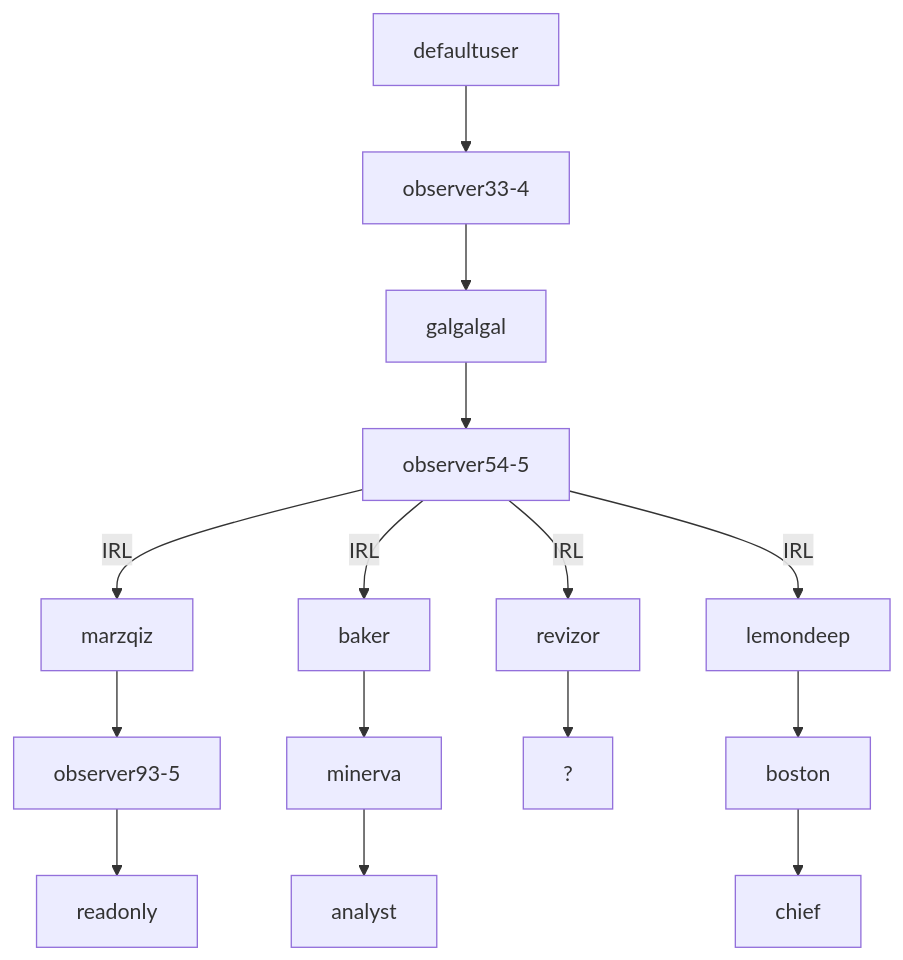
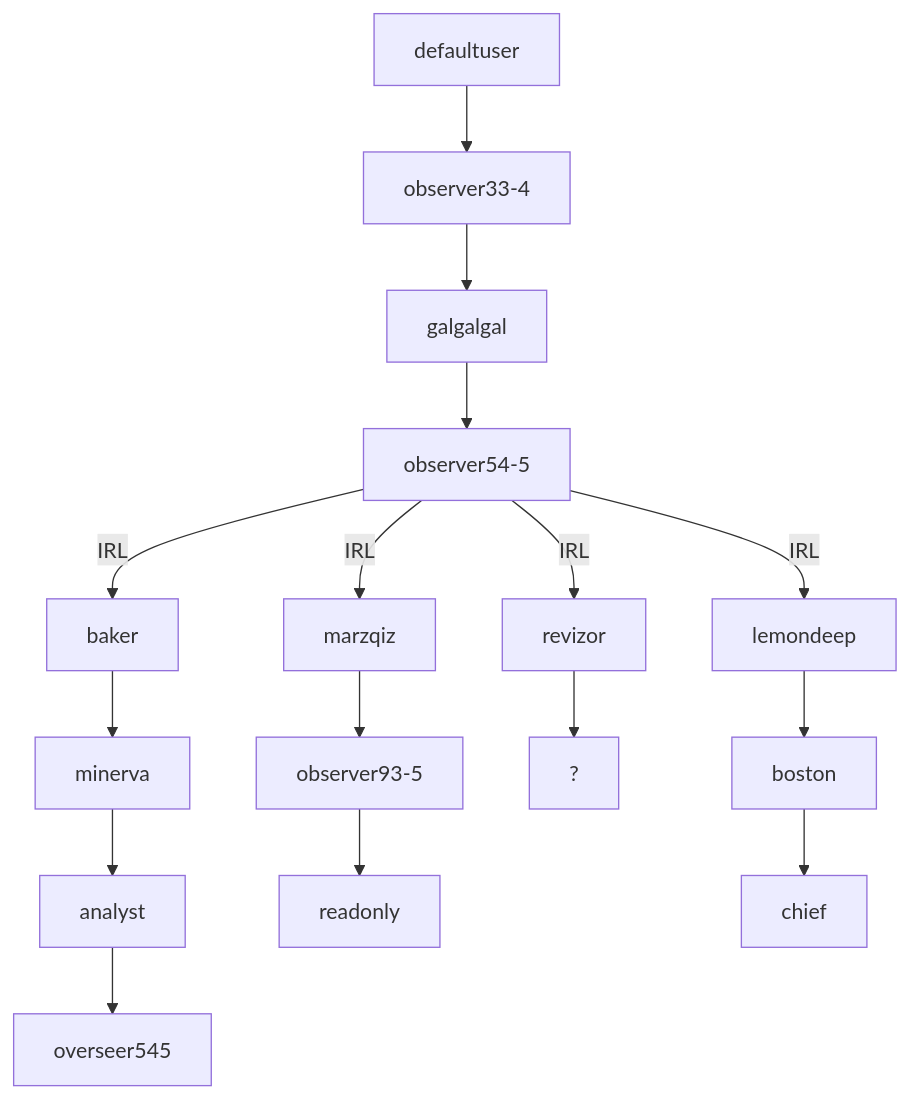
The diagram in README.md (Philsie/ARRS-documentation), drawn with Mermaid before and after one commit.

````diff
--- a/README.md
+++ b/README.md
@@ -24,17 +24,18 @@
 ```mermaid
 graph TD;
     defaultuser-->observer33-4;
     observer33-4-->galgalgal;
     galgalgal-->observer54-5;
     observer54-5--IRL-->revizor;
     observer54-5--IRL-->marzqiz;
     observer54-5--IRL-->baker;
     observer54-5--IRL-->lemondeep;
     baker-->minerva;
     minerva-->analyst;
     marzqiz-->observer93-5;
     observer93-5-->readonly;
     revizor-->?;
     lemondeep-->boston;
     boston-->chief;
+    analyst-->overseer545;
 ```
````
